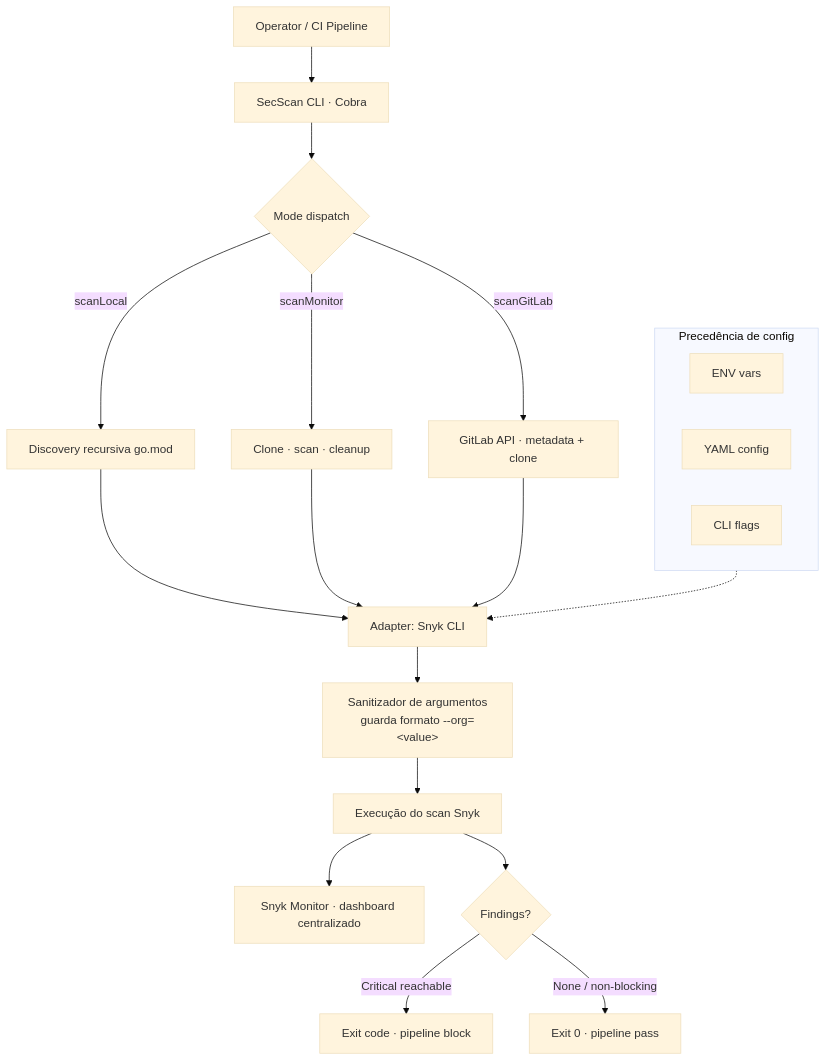
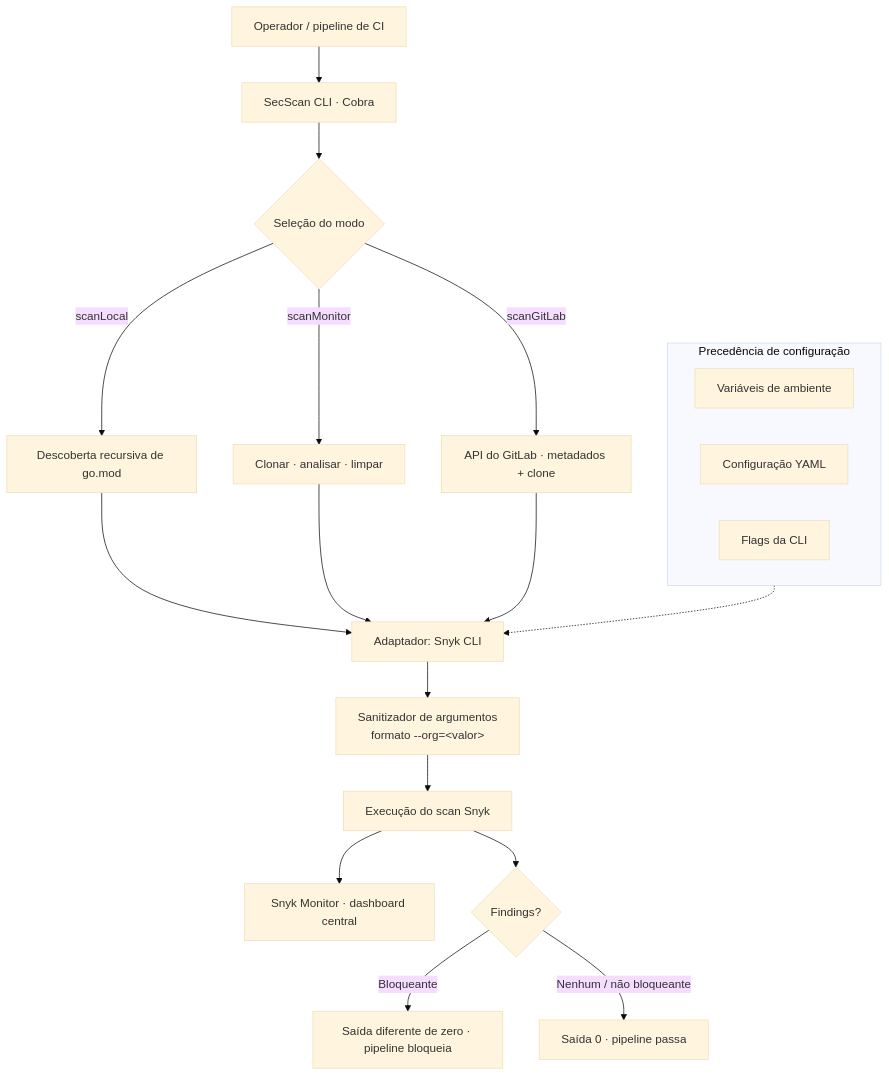
The diagram in src/content/projects/pt/secscan.mdx (CHDevSec/portfolio), drawn with Mermaid (base theme) before and after one commit. The commit also changed other lines of this file and 169 other files, not shown here.

````diff
--- a/src/content/projects/pt/secscan.mdx
+++ b/src/content/projects/pt/secscan.mdx
@@ -42,29 +61,29 @@
 ```mermaid
 flowchart TB
-    A[Operator / CI Pipeline] --> B[SecScan CLI · Cobra]
-    B --> C{Mode dispatch}
+    A[Operador / pipeline de CI] --> B[SecScan CLI · Cobra]
+    B --> C{Seleção do modo}
 
-    C -->|scanLocal| D[Discovery recursiva go.mod]
-    C -->|scanMonitor| E[Clone · scan · cleanup]
-    C -->|scanGitLab| F[GitLab API · metadata + clone]
+    C -->|scanLocal| D[Descoberta recursiva de go.mod]
+    C -->|scanMonitor| E[Clonar · analisar · limpar]
+    C -->|scanGitLab| F[API do GitLab · metadados + clone]
 
-    D --> G[Adapter: Snyk CLI]
+    D --> G[Adaptador: Snyk CLI]
     E --> G
     F --> G
 
-    G --> H[Sanitizador de argumentos<br/>guarda formato --org=&lt;value&gt;]
+    G --> H[Sanitizador de argumentos<br/>formato --org=&lt;valor&gt;]
     H --> I[Execução do scan Snyk]
 
-    I --> J[Snyk Monitor · dashboard centralizado]
+    I --> J[Snyk Monitor · dashboard central]
     I --> K{Findings?}
-    K -->|Critical reachable| L[Exit code · pipeline block]
-    K -->|None / non-blocking| M[Exit 0 · pipeline pass]
+    K -->|Bloqueante| L[Saída diferente de zero · pipeline bloqueia]
+    K -->|Nenhum / não bloqueante| M[Saída 0 · pipeline passa]
 
-    subgraph Config [Precedência de config]
-    N[ENV vars]
-    O[YAML config]
-    P[CLI flags]
+    subgraph Config [Precedência de configuração]
+    N[Variáveis de ambiente]
+    O[Configuração YAML]
+    P[Flags da CLI]
     end
 
     Config -.-> G
 ```
````
